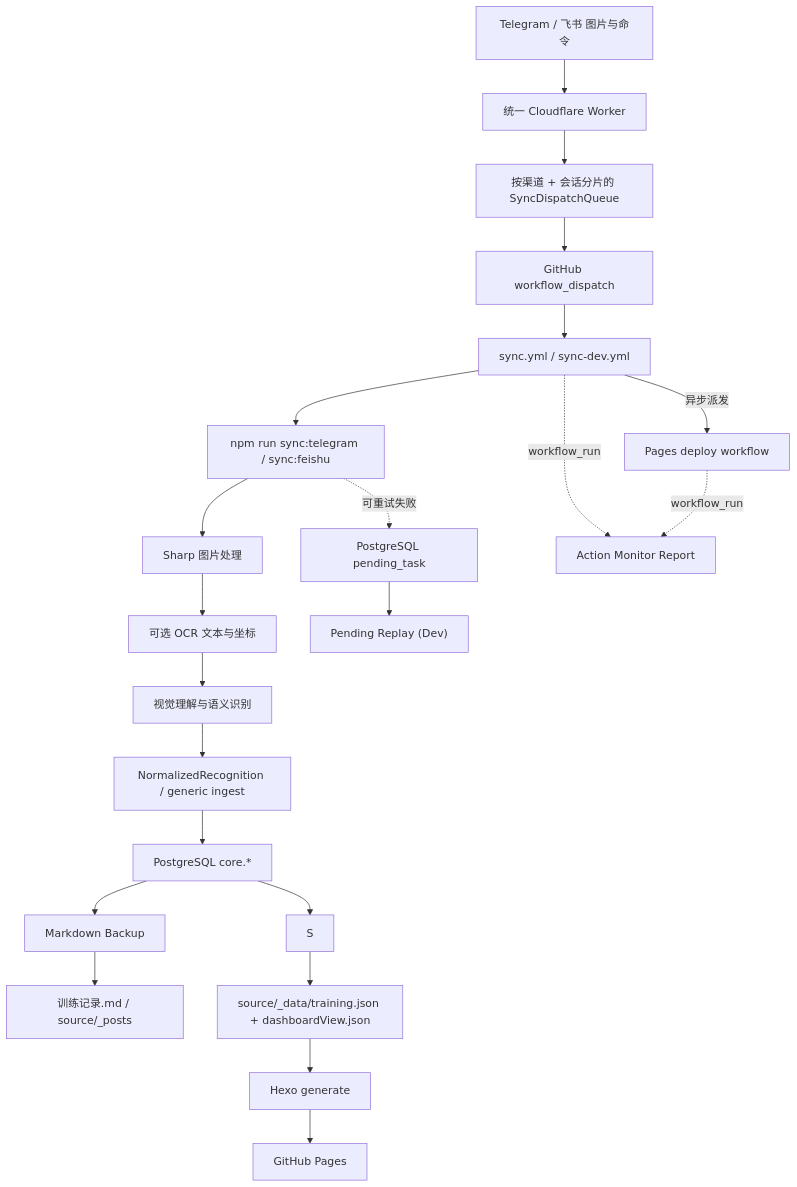
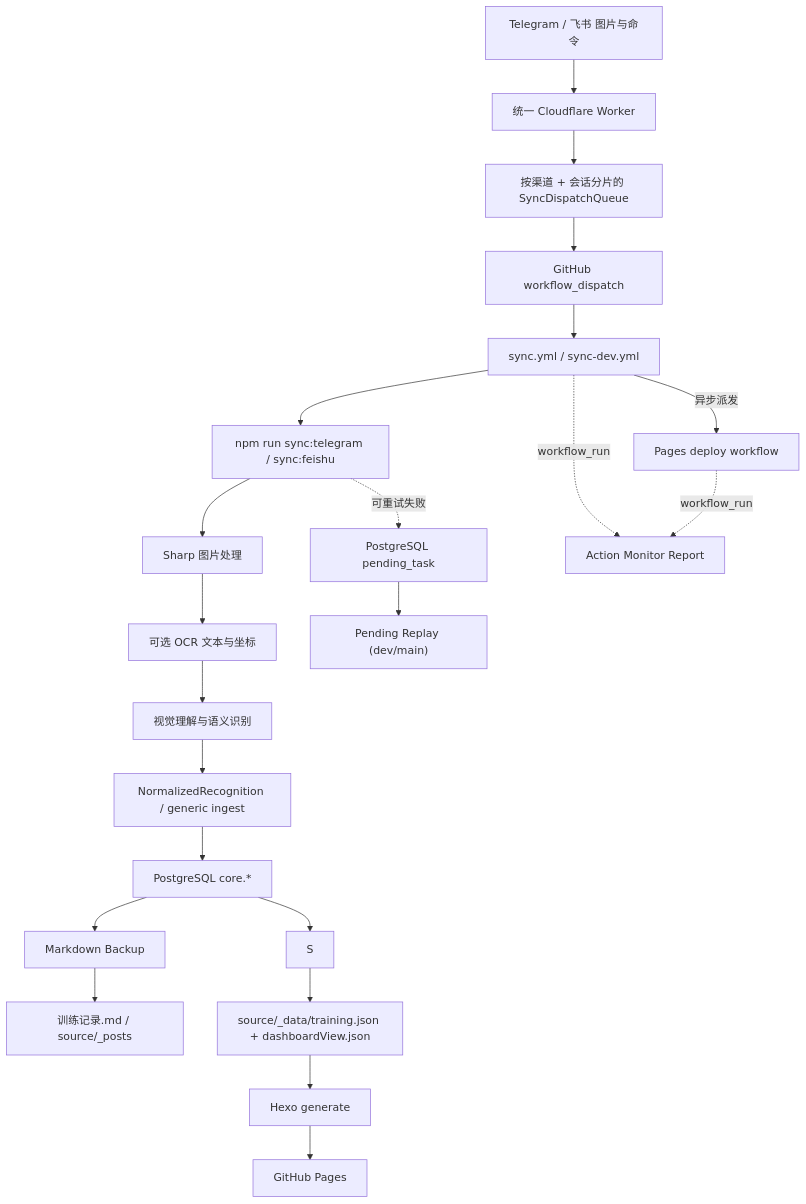
Before and after one commit to soulgo/training_records: the diagram in README.md, drawn with Mermaid. The commit also changed other lines of this file and 26 other files, not shown here.

Commit message:
修复图片识别响应与失败恢复链路

````diff
--- a/README.md
+++ b/README.md
@@ -35,24 +35,24 @@
 ```mermaid
 flowchart TD
   DB["PostgreSQL core.*"] --> S
   MSG["Telegram / 飞书 图片与命令"] --> W["统一 Cloudflare Worker"]
   W --> QD["按渠道 + 会话分片的 SyncDispatchQueue"]
   QD --> GH["GitHub workflow_dispatch"]
   GH --> SYNC["sync.yml / sync-dev.yml"]
   SYNC --> CMD["npm run sync:telegram / sync:feishu"]
   CMD --> IMG["Sharp 图片处理"]
   IMG --> OCR["可选 OCR 文本与坐标"]
   OCR --> AI["视觉理解与语义识别"]
   AI --> INGEST["NormalizedRecognition / generic ingest"]
   INGEST --> DB
   CMD -. "可重试失败" .-> Q["PostgreSQL pending_task"]
-  Q --> PR["Pending Replay (Dev)"]
+  Q --> PR["Pending Replay (dev/main)"]
   SYNC -->|"异步派发"| DEPLOY["Pages deploy workflow"]
   SYNC -. "workflow_run" .-> AM["Action Monitor Report"]
   DEPLOY -. "workflow_run" .-> AM
   DB --> BAK["Markdown Backup"]
   BAK --> A["训练记录.md / source/_posts"]
   S --> DATA["source/_data/training.json + dashboardView.json"]
   DATA --> HEXO["Hexo generate"]
   HEXO --> PAGES["GitHub Pages"]
 ```
````
